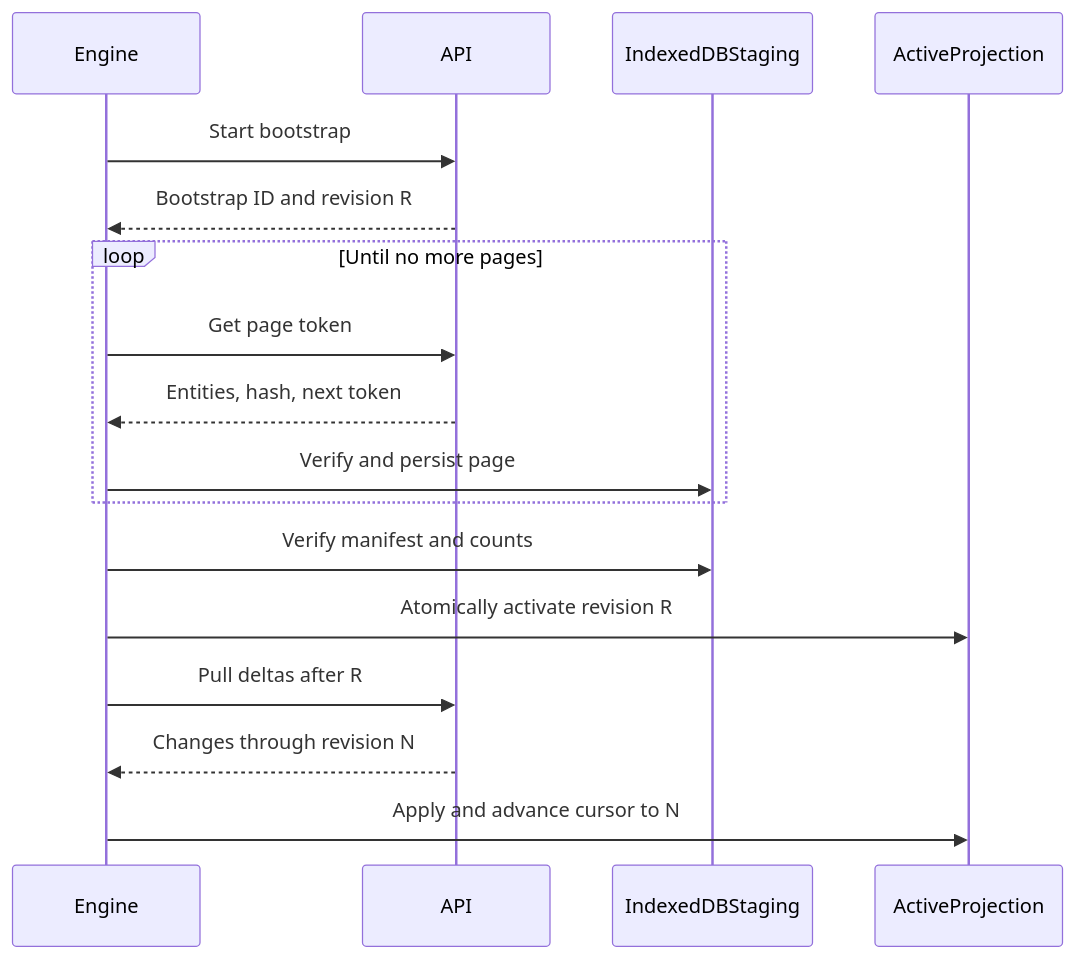
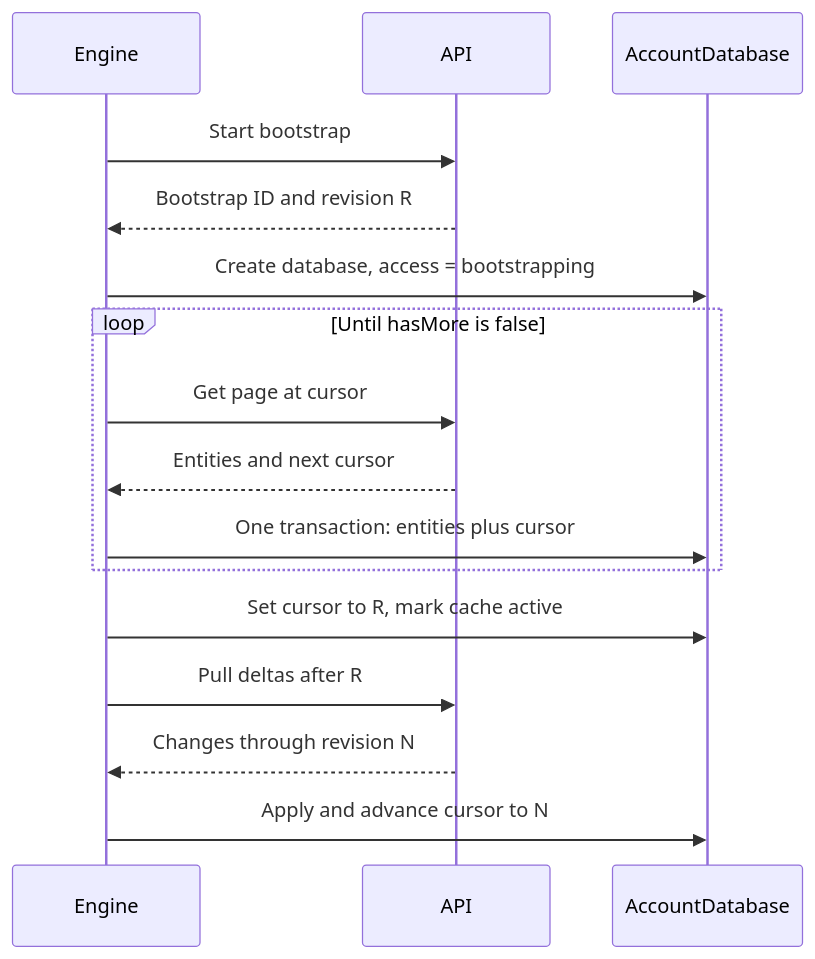
The first of 5 diagrams in docs/notes/STUDY-ENGINE-BRAINSTORM/STUDY-ENGINE-DESIGN/SYNC-AND-BACKEND.md (PikaPikaGems/kanji-heatmap), drawn with Mermaid before and after one commit. The commit also changed other lines of this file and 8 other files, not shown here.

````diff
--- a/docs/notes/STUDY-ENGINE-BRAINSTORM/STUDY-ENGINE-DESIGN/SYNC-AND-BACKEND.md
+++ b/docs/notes/STUDY-ENGINE-BRAINSTORM/STUDY-ENGINE-DESIGN/SYNC-AND-BACKEND.md
@@ -181,20 +197,19 @@
 ```mermaid
 sequenceDiagram
     participant Engine
     participant API
-    participant Staging as IndexedDBStaging
-    participant Active as ActiveProjection
+    participant DB as AccountDatabase
 
     Engine->>API: Start bootstrap
     API-->>Engine: Bootstrap ID and revision R
-    loop Until no more pages
-        Engine->>API: Get page token
-        API-->>Engine: Entities, hash, next token
-        Engine->>Staging: Verify and persist page
+    Engine->>DB: Create database, access = bootstrapping
+    loop Until hasMore is false
+        Engine->>API: Get page at cursor
+        API-->>Engine: Entities and next cursor
+        Engine->>DB: One transaction: entities plus cursor
     end
-    Engine->>Staging: Verify manifest and counts
-    Engine->>Active: Atomically activate revision R
+    Engine->>DB: Set cursor to R, mark cache active
     Engine->>API: Pull deltas after R
     API-->>Engine: Changes through revision N
-    Engine->>Active: Apply and advance cursor to N
+    Engine->>DB: Apply and advance cursor to N
 ```
````
